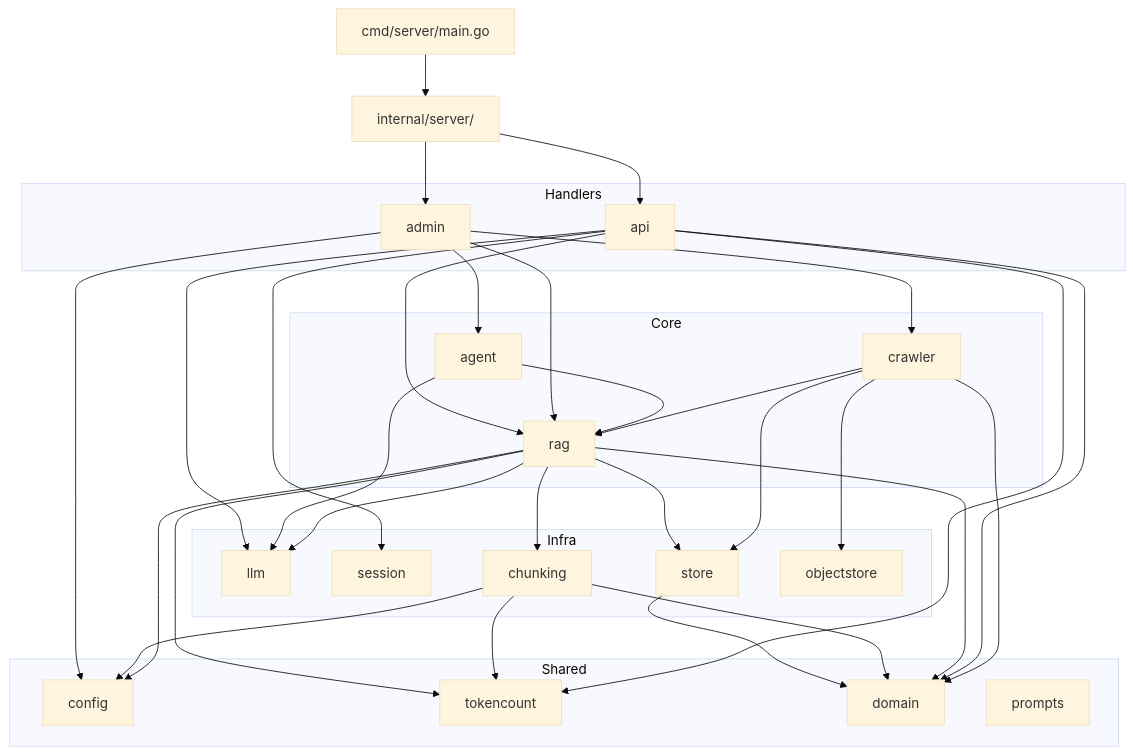
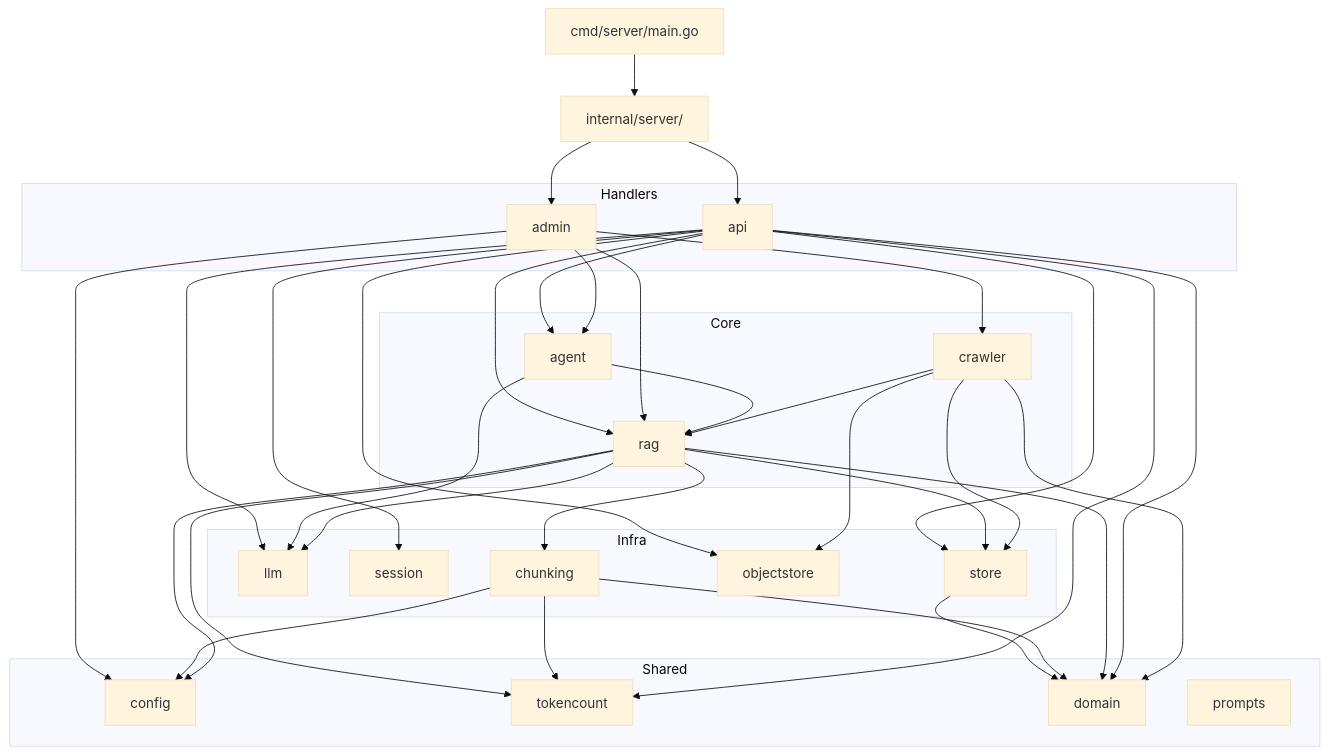
One commit to klnstprx/etsi-rag changed the second of 8 diagrams in docs/diagrams.md. Above: the diagram before and after it, drawn with Mermaid (base theme). The commit also changed other lines of this file and 29 other files, not shown here.

````diff
--- a/docs/diagrams.md
+++ b/docs/diagrams.md
@@ -64,49 +64,49 @@
 ```mermaid
 graph TD
     main["cmd/server/main.go"]
     server["internal/server/"]
 
     main --> server
     server --> api & admin
 
     subgraph Handlers
         api
         admin
     end
 
-    api --> rag & llm & session
+    api --> agent & rag & llm & session & store & objectstore
     admin --> agent & crawler & rag & config
 
     subgraph Core
         agent
         rag
         crawler
     end
 
     agent --> llm & rag
     rag --> llm & store & chunking & tokencount
     crawler --> store & objectstore & rag
 
     subgraph Infra
         llm
         store
         objectstore
         session
         chunking
     end
 
     chunking --> tokencount
 
     subgraph Shared
         config
         domain
         tokencount
         prompts
     end
 
     store --> domain
     chunking --> config & domain
     rag --> domain & config
     api --> domain & tokencount
     crawler --> domain
 ```
````
